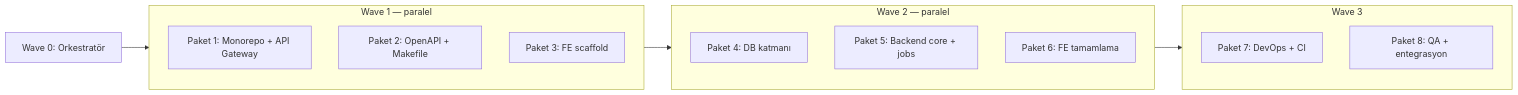
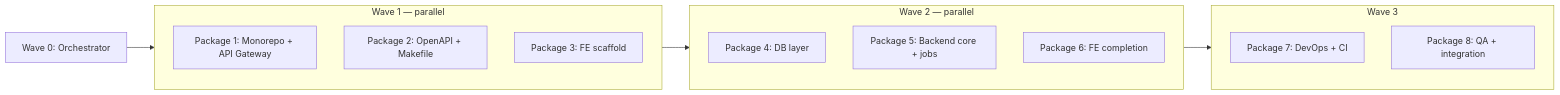
One commit to somralab/somra-media changed the diagram in plan/sprint-01-foundation/multitask-prompts.md. Above: the diagram before and after it, drawn with Mermaid. The commit also changed other lines of this file and 56 other files, not shown here.

````diff
--- a/plan/sprint-01-foundation/multitask-prompts.md
+++ b/plan/sprint-01-foundation/multitask-prompts.md
@@ -45,20 +45,20 @@
 ```mermaid
 flowchart LR
-  W0[Wave 0: Orkestratör] --> W1
-  subgraph W1 [Wave 1 — paralel]
-    P1[Paket 1: Monorepo + API Gateway]
-    P2[Paket 2: OpenAPI + Makefile]
-    P3[Paket 3: FE scaffold]
+  W0[Wave 0: Orchestrator] --> W1
+  subgraph W1 [Wave 1 — parallel]
+    P1[Package 1: Monorepo + API Gateway]
+    P2[Package 2: OpenAPI + Makefile]
+    P3[Package 3: FE scaffold]
   end
   W1 --> W2
-  subgraph W2 [Wave 2 — paralel]
-    P4[Paket 4: DB katmanı]
-    P5[Paket 5: Backend core + jobs]
-    P6[Paket 6: FE tamamlama]
+  subgraph W2 [Wave 2 — parallel]
+    P4[Package 4: DB layer]
+    P5[Package 5: Backend core + jobs]
+    P6[Package 6: FE completion]
   end
   W2 --> W3
   subgraph W3 [Wave 3]
-    P7[Paket 7: DevOps + CI]
-    P8[Paket 8: QA + entegrasyon]
+    P7[Package 7: DevOps + CI]
+    P8[Package 8: QA + integration]
   end
 ```
````
